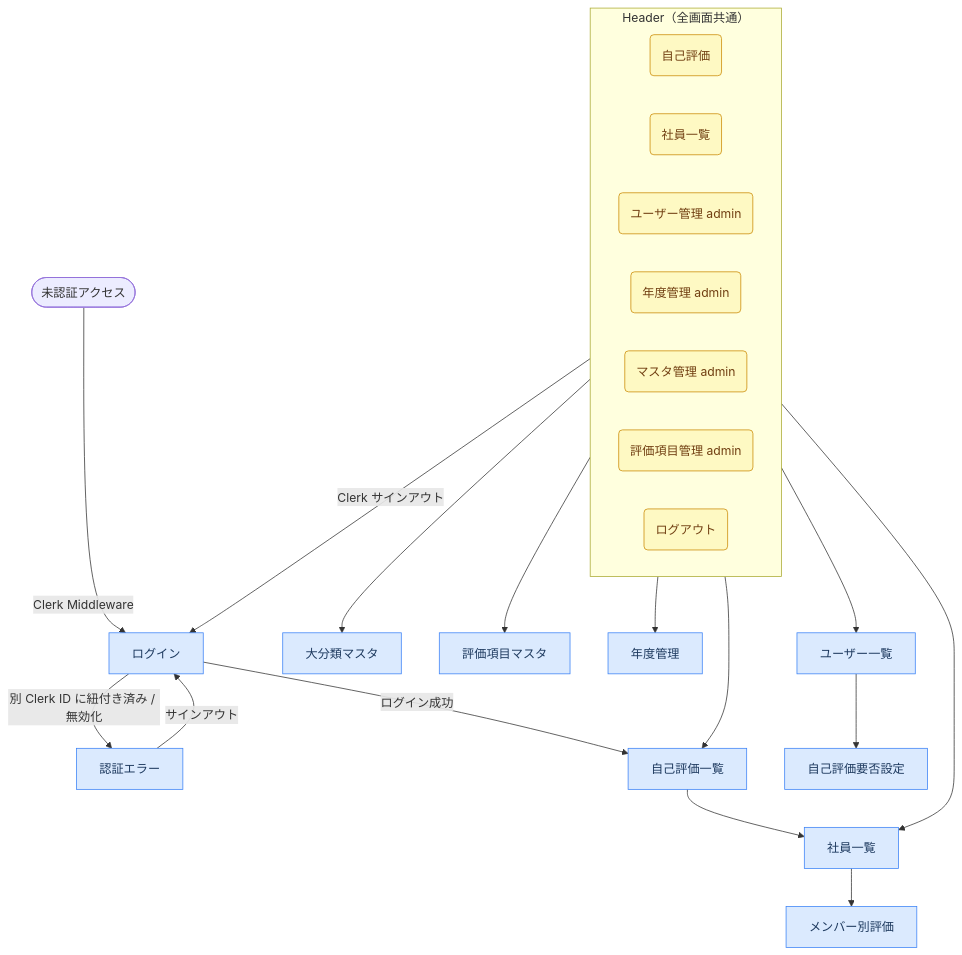
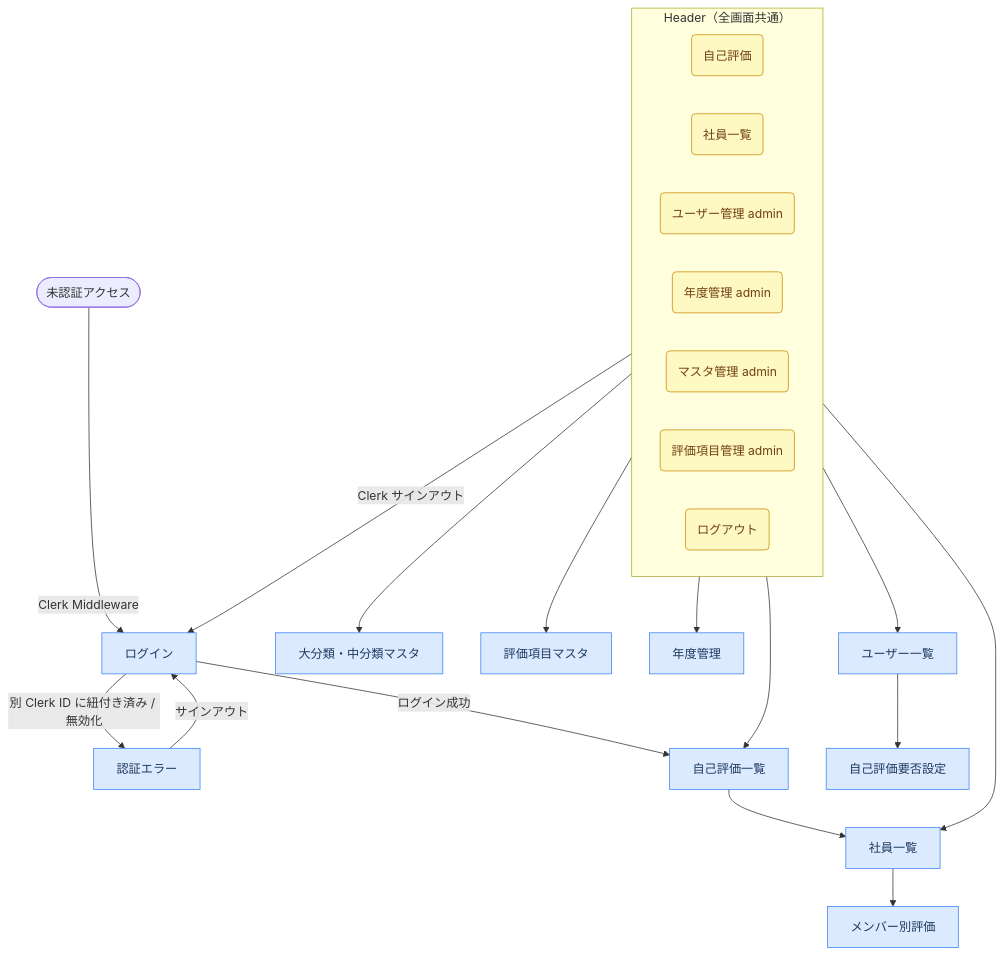
Before and after one commit to ot-nemoto/eval-hub: the diagram in docs/ui.md, drawn with Mermaid. The commit also changed other lines of this file, not shown here.

First line of the commit message:
fix: ui.md の「大分類マスタ」表記を「大分類・中分類マスタ」に統一

````diff
--- a/docs/ui.md
+++ b/docs/ui.md
@@ -24,46 +24,46 @@
 ```mermaid
 flowchart TD
     classDef screen fill:#dbeafe,stroke:#3b82f6,color:#1e3a5f
     classDef nav fill:#fef9c3,stroke:#ca8a04,color:#713f12
 
     UNAUTH([未認証アクセス])
     LOGIN["ログイン"]:::screen
     AUTH_ERROR["認証エラー"]:::screen
     EVALUATIONS["自己評価一覧"]:::screen
     MEMBERS["社員一覧"]:::screen
     MEMBER_EVAL["メンバー別評価"]:::screen
-    ADMIN_TARGETS["大分類マスタ"]:::screen
+    ADMIN_TARGETS["大分類・中分類マスタ"]:::screen
     ADMIN_ITEMS["評価項目マスタ"]:::screen
     ADMIN_YEARS["年度管理"]:::screen
     ADMIN_USERS["ユーザー一覧"]:::screen
     ADMIN_SETTINGS["自己評価要否設定"]:::screen
 
     UNAUTH -->|"Clerk Middleware"| LOGIN
     LOGIN -->|"ログイン成功"| EVALUATIONS
     LOGIN -->|"別 Clerk ID に紐付き済み / 無効化"| AUTH_ERROR
     AUTH_ERROR -->|"サインアウト"| LOGIN
 
     EVALUATIONS --> MEMBERS
     MEMBERS --> MEMBER_EVAL
 
     ADMIN_USERS --> ADMIN_SETTINGS
 
     subgraph Header ["Header（全画面共通）"]
         direction LR
         H_EVAL("自己評価"):::nav
         H_MEMBERS("社員一覧"):::nav
         H_ADMIN_USERS("ユーザー管理 admin"):::nav
         H_ADMIN_YEARS("年度管理 admin"):::nav
         H_ADMIN_TARGETS("マスタ管理 admin"):::nav
         H_ADMIN_ITEMS("評価項目管理 admin"):::nav
         H_LOGOUT("ログアウト"):::nav
     end
 
     H_EVAL --> EVALUATIONS
     H_MEMBERS --> MEMBERS
     H_ADMIN_USERS --> ADMIN_USERS
     H_ADMIN_YEARS --> ADMIN_YEARS
     H_ADMIN_TARGETS --> ADMIN_TARGETS
     H_ADMIN_ITEMS --> ADMIN_ITEMS
     H_LOGOUT -->|"Clerk サインアウト"| LOGIN
 ```
````
